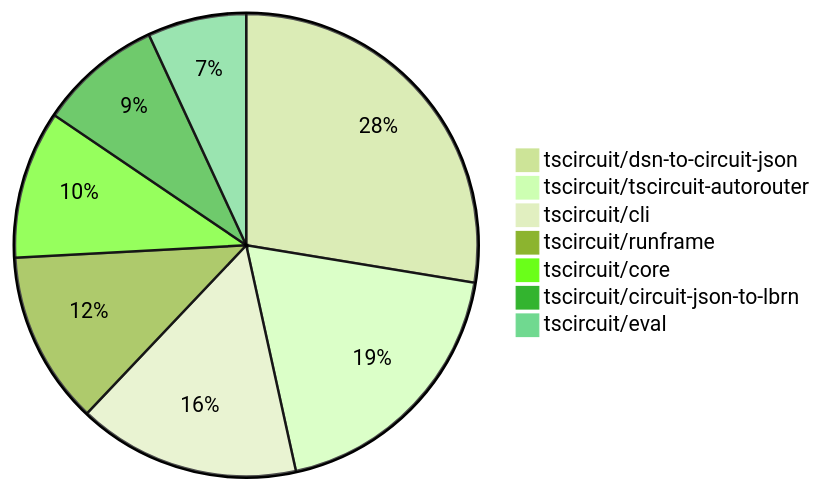
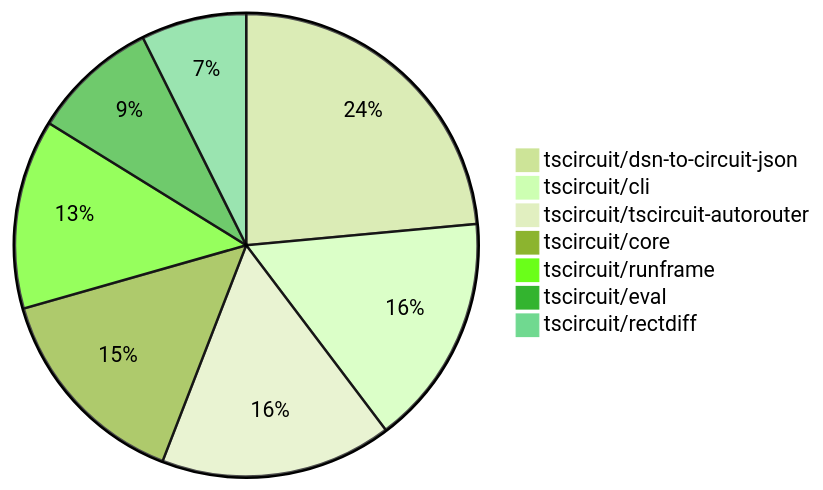
One commit to tscircuit/contribution-tracker changed the second of 2 diagrams in README.md. Above: the diagram before and after it, drawn with Mermaid (forest theme). The commit also changed other lines of this file and 3 other files, not shown here.

````diff
--- a/README.md
+++ b/README.md
@@ -106,10 +108,10 @@
 ```mermaid
 pie
     "tscircuit/dsn-to-circuit-json" : 16
+    "tscircuit/cli" : 11
     "tscircuit/tscircuit-autorouter" : 11
-    "tscircuit/cli" : 9
-    "tscircuit/runframe" : 7
-    "tscircuit/core" : 6
-    "tscircuit/circuit-json-to-lbrn" : 5
-    "tscircuit/eval" : 4
+    "tscircuit/core" : 10
+    "tscircuit/runframe" : 9
+    "tscircuit/eval" : 6
+    "tscircuit/rectdiff" : 5
 ```
````
